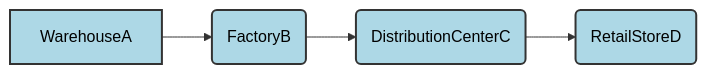
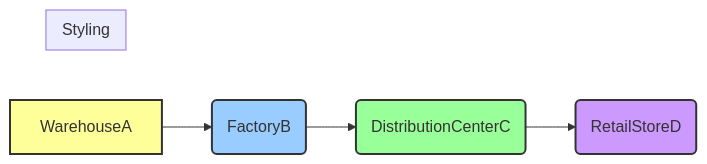
One commit to ikko/sym changed the third of 4 diagrams in docs/2_introduction.md. Above: the diagram before and after it, drawn with Mermaid. The commit also changed other lines of this file and 6 other files, not shown here.

````diff
--- a/docs/2_introduction.md
+++ b/docs/2_introduction.md
@@ -137,11 +141,13 @@
 ```mermaid
 graph LR
     W[WarehouseA] --> F(FactoryB)
     F --> D(DistributionCenterC)
     D --> R(RetailStoreD)
 
-    style W fill:#ADD8E6,stroke:#333,stroke-width:2px,color:#000000
-    style F fill:#ADD8E6,stroke:#333,stroke-width:2px,color:#000000
-    style D fill:#ADD8E6,stroke:#333,stroke-width:2px,color:#000000
-    style R fill:#ADD8E6,stroke:#333,stroke-width:2px,color:#000000
+    subgraph "Styling"
+        style W fill:#ff9,stroke:#333,stroke-width:2px
+        style F fill:#9cf,stroke:#333,stroke-width:2px
+        style D fill:#9f9,stroke:#333,stroke-width:2px
+        style R fill:#c9f,stroke:#333,stroke-width:2px
+    end
 ```
````
